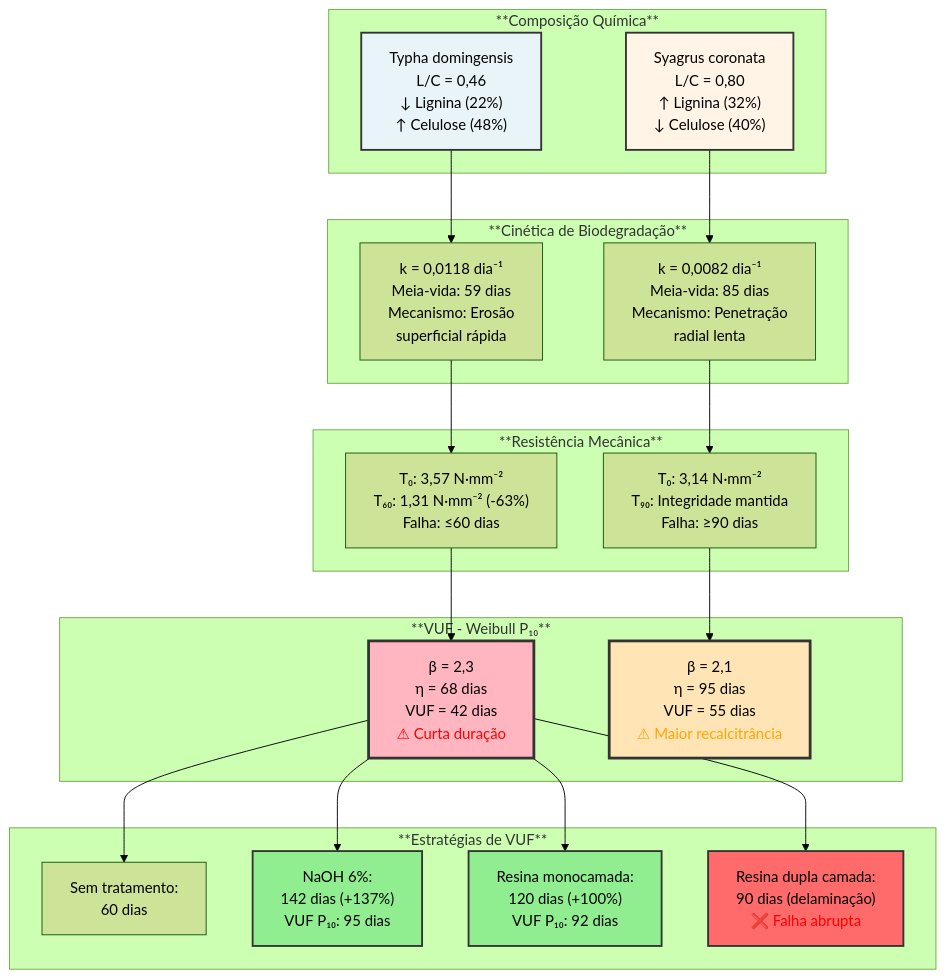
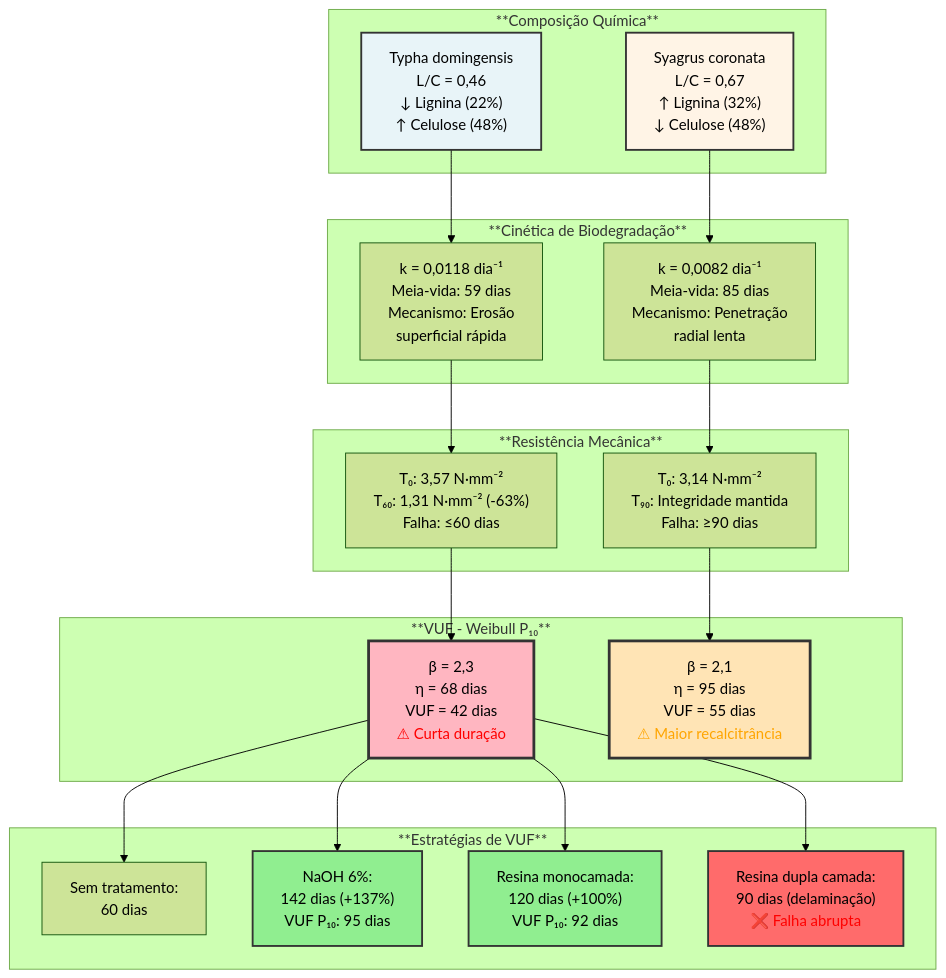
The diagram in 3-IMAGENS/figura_2.mmd (ldvsantos-uefs/revisao-sistematica-geotexteis), drawn with Mermaid (forest theme) before and after one commit. The commit also changed 17 other files, not shown here.

```diff
--- a/3-IMAGENS/figura_2.mmd
+++ b/3-IMAGENS/figura_2.mmd
@@ -1,46 +1,46 @@
 graph TD
     subgraph "**Composição Química**"
         A1["Typha domingensis<br/>L/C = 0,46<br/>↓ Lignina (22%)<br/>↑ Celulose (48%)"]
-        A2["Syagrus coronata<br/>L/C = 0,80<br/>↑ Lignina (32%)<br/>↓ Celulose (40%)"]
+        A2["Syagrus coronata<br/>L/C = 0,67<br/>↑ Lignina (32%)<br/>↓ Celulose (48%)"]
     end
     
     subgraph "**Cinética de Biodegradação**"
         B1["k = 0,0118 dia⁻¹<br/>Meia-vida: 59 dias<br/>Mecanismo: Erosão<br/>superficial rápida"]
         B2["k = 0,0082 dia⁻¹<br/>Meia-vida: 85 dias<br/>Mecanismo: Penetração<br/>radial lenta"]
     end
     
     subgraph "**Resistência Mecânica**"
         C1["T₀: 3,57 N·mm⁻²<br/>T₆₀: 1,31 N·mm⁻² (-63%)<br/>Falha: ≤60 dias"]
         C2["T₀: 3,14 N·mm⁻²<br/>T₉₀: Integridade mantida<br/>Falha: ≥90 dias"]
     end
     
     subgraph "**VUF - Weibull P₁₀**"
         D1["β = 2,3<br/>η = 68 dias<br/>VUF = 42 dias<br/><span style='color:red'>⚠ Curta duração</span>"]
         D2["β = 2,1<br/>η = 95 dias<br/>VUF = 55 dias<br/><span style='color:orange'>⚠ Maior recalcitrância</span>"]
     end
     
     subgraph "**Estratégias de VUF**"
         E1["Sem tratamento:<br/>60 dias"]
         E2["NaOH 6%:<br/>142 dias (+137%)<br/>VUF P₁₀: 95 dias"]
         E3["Resina monocamada:<br/>120 dias (+100%)<br/>VUF P₁₀: 92 dias"]
         E4["Resina dupla camada:<br/>90 dias (delaminação)<br/><span style='color:red'>❌ Falha abrupta</span>"]
     end
     
     A1 --> B1
     A2 --> B2
     B1 --> C1
     B2 --> C2
     C1 --> D1
     C2 --> D2
     D1 --> E1
     D1 --> E2
     D1 --> E3
     D1 --> E4
     
     style A1 fill:#E8F4F8,stroke:#333,stroke-width:2px
     style A2 fill:#FFF4E6,stroke:#333,stroke-width:2px
     style D1 fill:#FFB6C1,stroke:#333,stroke-width:3px
     style D2 fill:#FFE4B5,stroke:#333,stroke-width:3px
     style E2 fill:#90EE90,stroke:#333,stroke-width:2px
     style E3 fill:#90EE90,stroke:#333,stroke-width:2px
     style E4 fill:#FF6B6B,stroke:#333,stroke-width:2px
```
